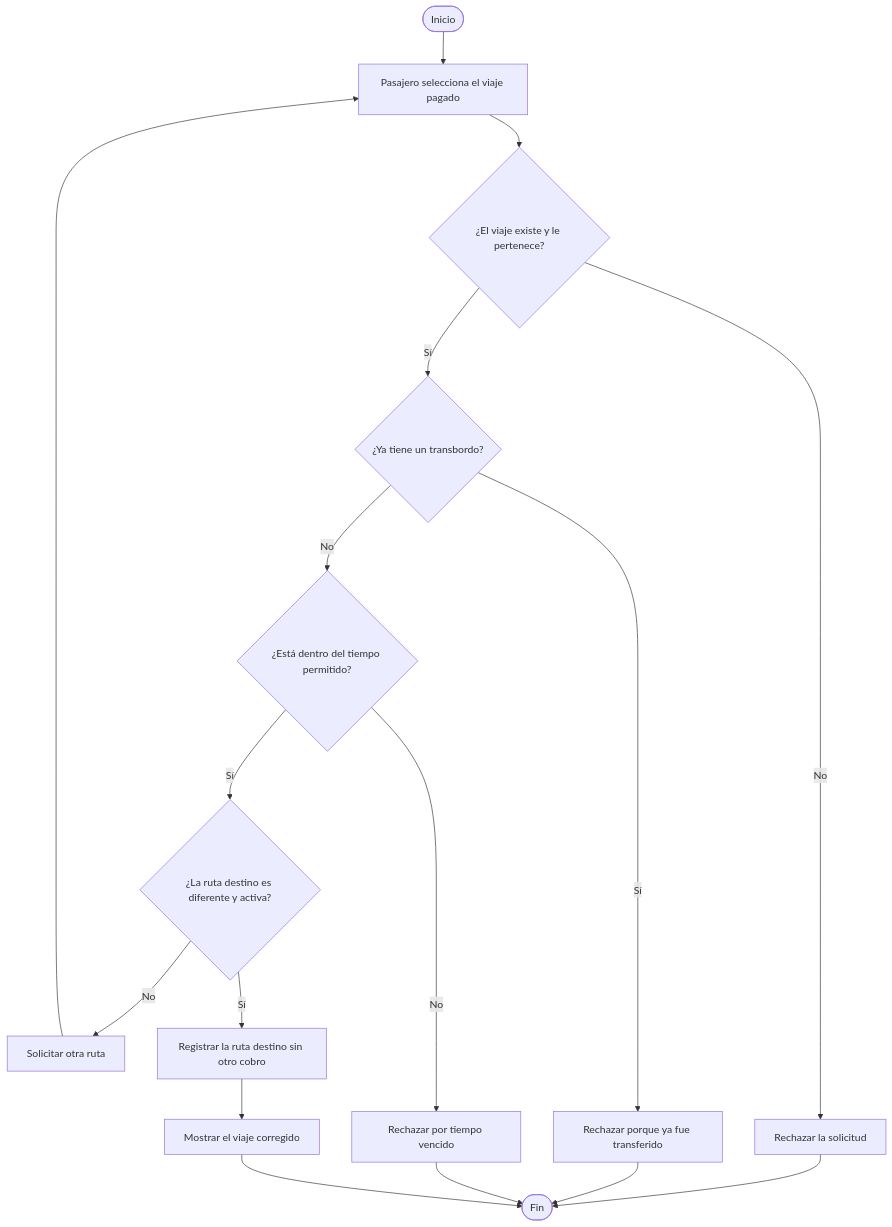
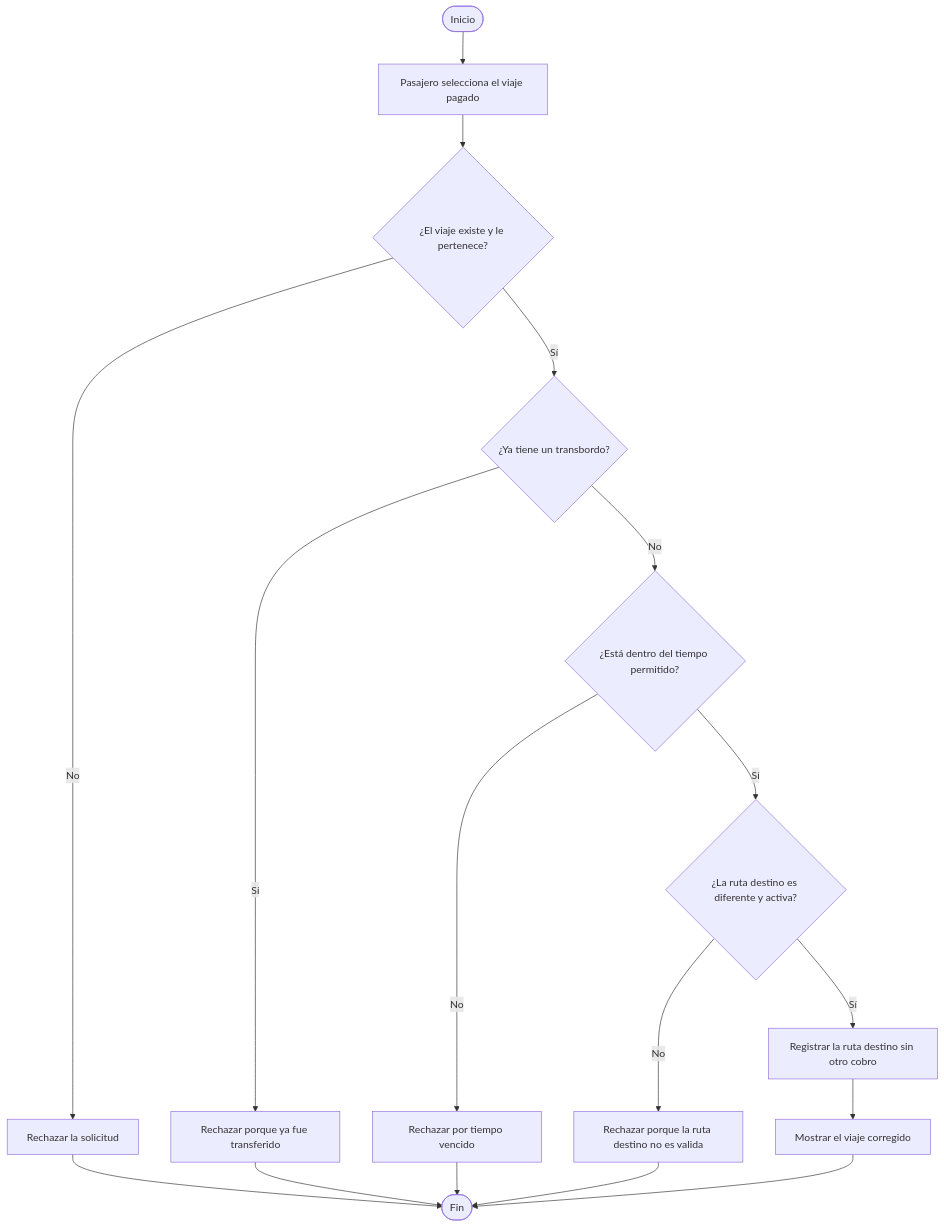
One commit to zNicolasDev/QrPass changed the fourth of 4 diagrams in backend/docs/uml_mvc_y_entregables.md. Above: the diagram before and after it, drawn with Mermaid. The commit also changed other lines of this file and 4 other files, not shown here.

First line of the commit message:
Agrega implementaciones Python para diagramas UML

````diff
--- a/backend/docs/uml_mvc_y_entregables.md
+++ b/backend/docs/uml_mvc_y_entregables.md
@@ -115,19 +135,19 @@
 ```mermaid
 flowchart TD
     A([Inicio]) --> B[Pasajero selecciona el viaje pagado]
     B --> C{¿El viaje existe y le pertenece?}
     C -- No --> X[Rechazar la solicitud]
     C -- Sí --> D{¿Ya tiene un transbordo?}
     D -- Sí --> Y[Rechazar porque ya fue transferido]
     D -- No --> E{¿Está dentro del tiempo permitido?}
     E -- No --> Z[Rechazar por tiempo vencido]
     E -- Sí --> F{¿La ruta destino es diferente y activa?}
-    F -- No --> W[Solicitar otra ruta]
+    F -- No --> W[Rechazar porque la ruta destino no es valida]
     F -- Sí --> G[Registrar la ruta destino sin otro cobro]
     G --> H[Mostrar el viaje corregido]
     X --> I([Fin])
     Y --> I
     Z --> I
-    W --> B
+    W --> I
     H --> I
 ```
````
